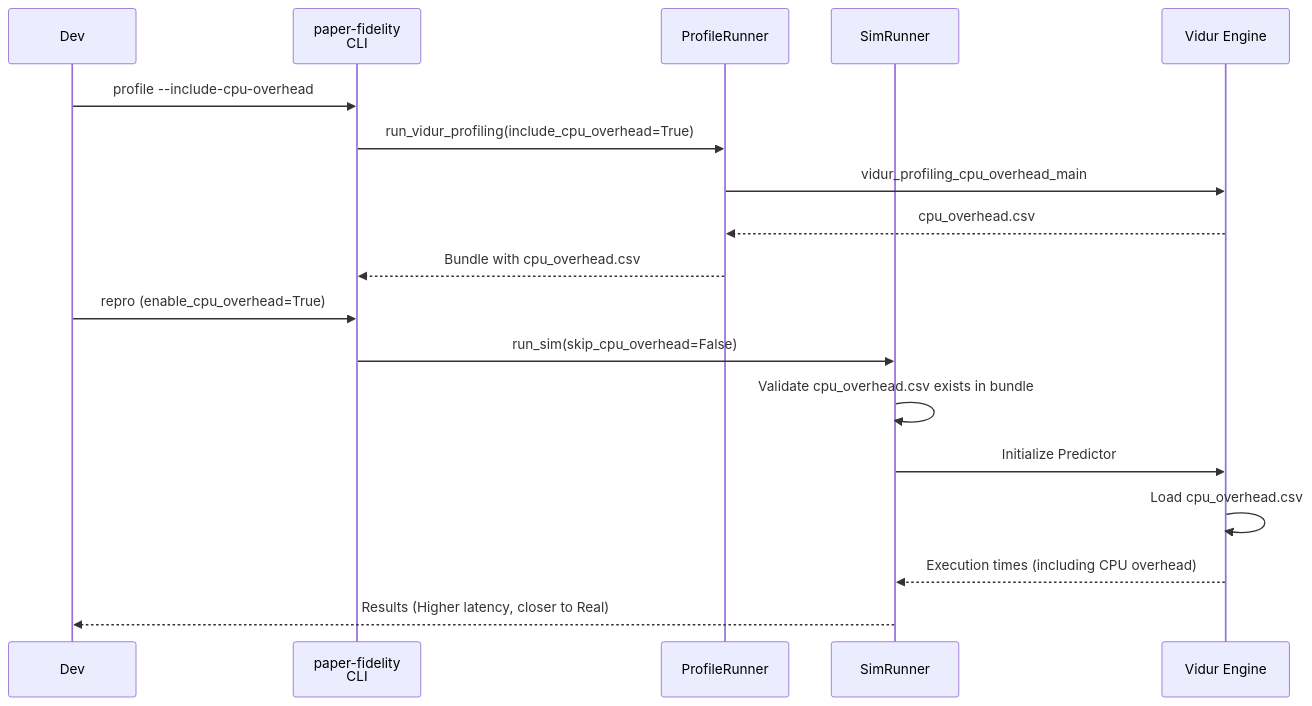
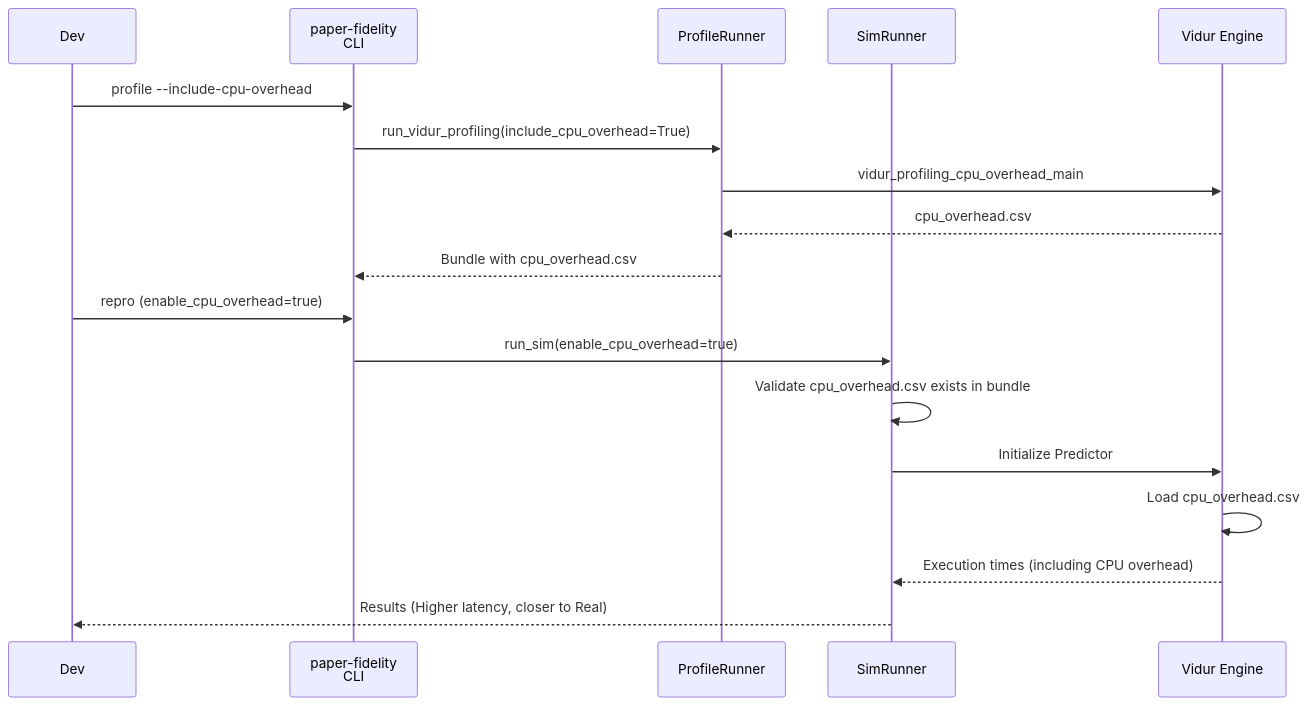
Before and after one commit to CodeGandee/gpu-simulate-test: the diagram in context/plans/plan-enable-vidur-cpu-overhead.md, drawn with Mermaid. The commit also changed other lines of this file and 17 other files, not shown here.

Commit message:
Rename cpu overhead knob to enable_cpu_overhead_modeling

````diff
--- a/context/plans/plan-enable-vidur-cpu-overhead.md
+++ b/context/plans/plan-enable-vidur-cpu-overhead.md
@@ -49,22 +49,22 @@
 ```mermaid
 sequenceDiagram
     participant Dev as Dev
     participant CLI as paper-fidelity<br/>CLI
     participant Prof as ProfileRunner
     participant Sim as SimRunner
     participant Vidur as Vidur Engine
 
     Dev->>CLI: profile --include-cpu-overhead
     CLI->>Prof: run_vidur_profiling(include_cpu_overhead=True)
     Prof->>Vidur: vidur_profiling_cpu_overhead_main
     Vidur-->>Prof: cpu_overhead.csv
     Prof-->>CLI: Bundle with cpu_overhead.csv
 
-    Dev->>CLI: repro (enable_cpu_overhead=True)
-    CLI->>Sim: run_sim(skip_cpu_overhead=False)
+    Dev->>CLI: repro (enable_cpu_overhead=true)
+    CLI->>Sim: run_sim(enable_cpu_overhead=true)
     Sim->>Sim: Validate cpu_overhead.csv exists in bundle
     Sim->>Vidur: Initialize Predictor
     Vidur->>Vidur: Load cpu_overhead.csv
     Vidur-->>Sim: Execution times (including CPU overhead)
     Sim-->>Dev: Results (Higher latency, closer to Real)
 ```
````
